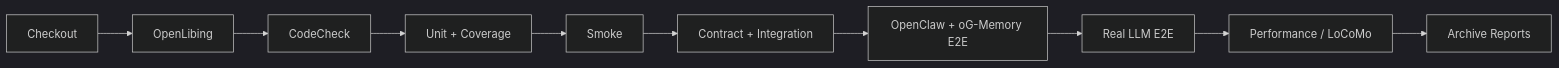
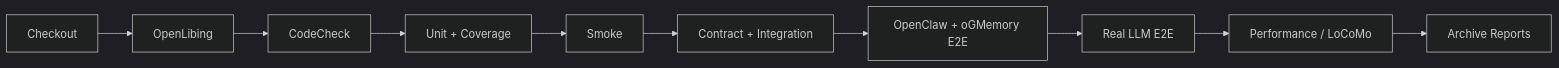
One commit to LinQiang391/oGMemory changed the second of 5 diagrams in docs/test_strategy_jenkins.md. Above: the diagram before and after it, drawn with Mermaid (dark theme). The commit also changed other lines of this file and 29 other files, not shown here.

Commit message:
replace oG-Memory to oGMemory

````diff
--- a/docs/test_strategy_jenkins.md
+++ b/docs/test_strategy_jenkins.md
@@ -113,12 +113,12 @@
 ```mermaid
 flowchart LR
     A[Checkout] --> B[OpenLibing]
     B --> C[CodeCheck]
     C --> D[Unit + Coverage]
     D --> E[Smoke]
     E --> F[Contract + Integration]
-    F --> G[OpenClaw + oG-Memory E2E]
+    F --> G[OpenClaw + oGMemory E2E]
     G --> H[Real LLM E2E]
     H --> I[Performance / LoCoMo]
     I --> J[Archive Reports]
 ```
````
